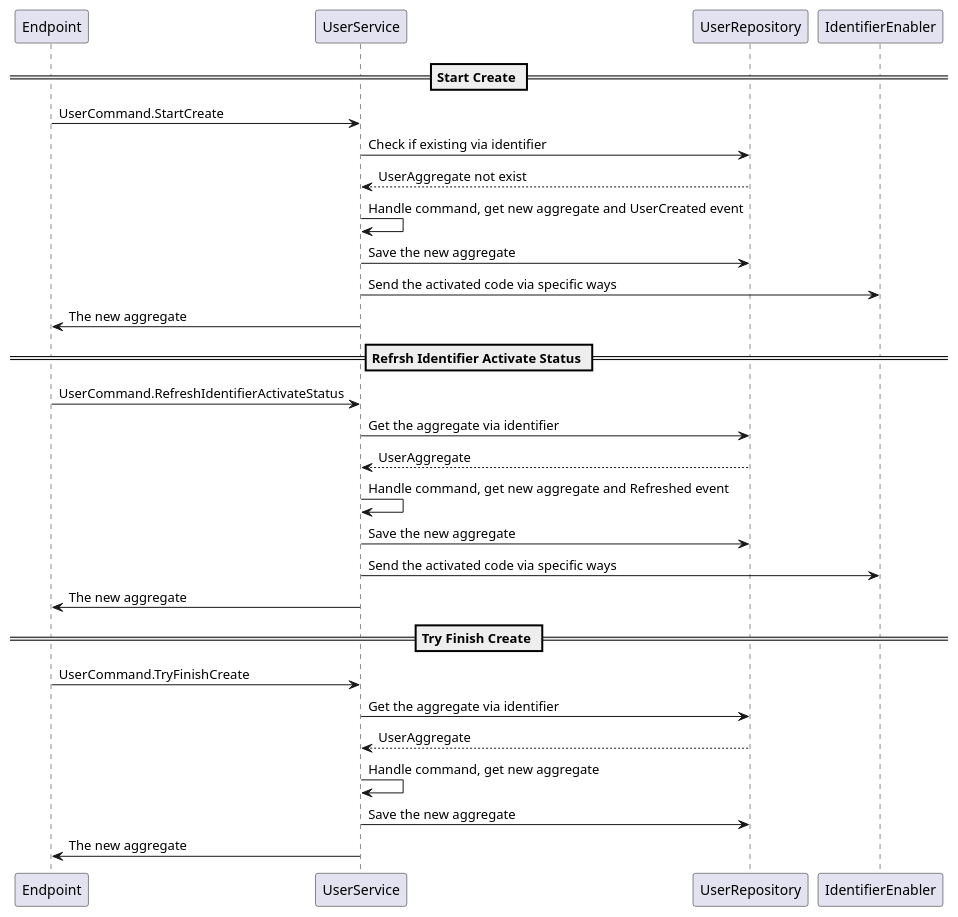
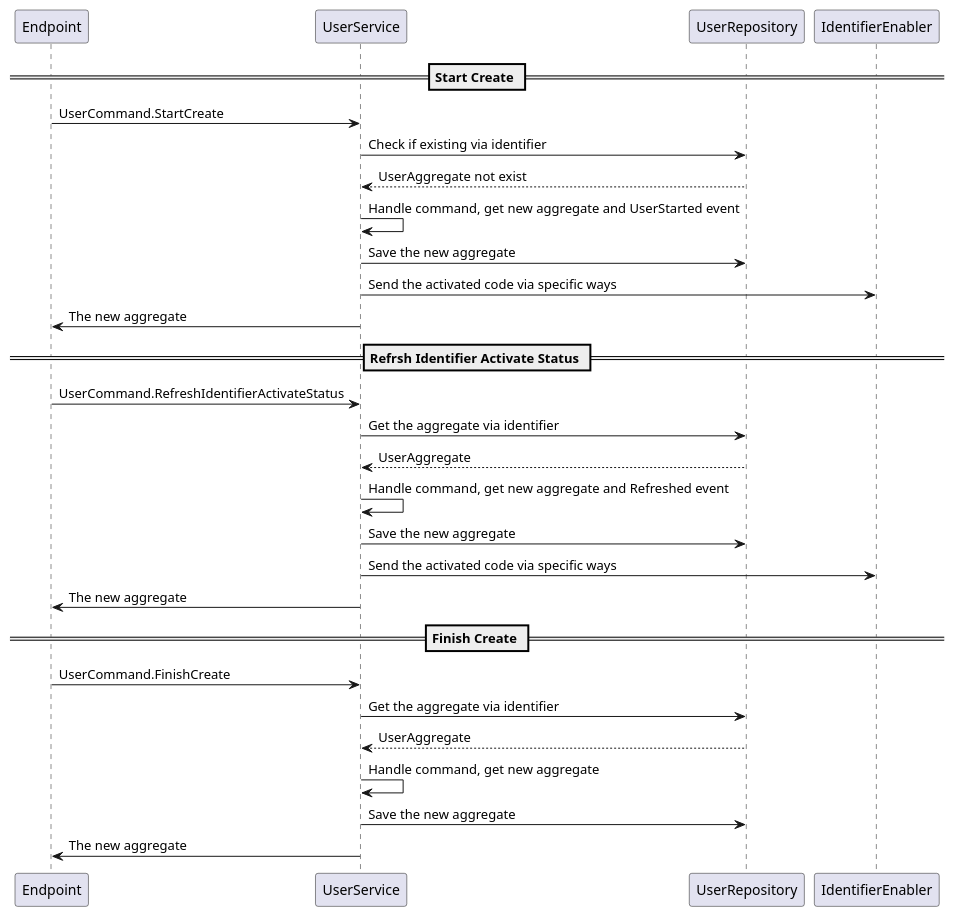
Before and after one commit to alices-wonderland/doorknob: the sixth of 16 diagrams in docs/docs/features.md, drawn with PlantUML. The commit also changed other lines of this file, not shown here.

Commit message:
UserAggregate models and commands

````diff
--- a/docs/docs/features.md
+++ b/docs/docs/features.md
@@ -160,29 +160,29 @@
 ```plantuml
 @startuml
 == Start Create ==
 Endpoint -> UserService: UserCommand.StartCreate
 UserService -> UserRepository: Check if existing via identifier
 UserRepository --> UserService: UserAggregate not exist
-UserService -> UserService: Handle command, get new aggregate and UserCreated event
+UserService -> UserService: Handle command, get new aggregate and UserStarted event
 UserService -> UserRepository: Save the new aggregate
 UserService -> IdentifierEnabler: Send the activated code via specific ways
 UserService -> Endpoint: The new aggregate
 
 == Refrsh Identifier Activate Status ==
 Endpoint -> UserService: UserCommand.RefreshIdentifierActivateStatus
 UserService -> UserRepository: Get the aggregate via identifier
 UserRepository --> UserService: UserAggregate
 UserService -> UserService: Handle command, get new aggregate and Refreshed event
 UserService -> UserRepository: Save the new aggregate
 UserService -> IdentifierEnabler: Send the activated code via specific ways
 UserService -> Endpoint: The new aggregate
 
-== Try Finish Create ==
-Endpoint -> UserService: UserCommand.TryFinishCreate
+== Finish Create ==
+Endpoint -> UserService: UserCommand.FinishCreate
 UserService -> UserRepository: Get the aggregate via identifier
 UserRepository --> UserService: UserAggregate
 UserService -> UserService: Handle command, get new aggregate
 UserService -> UserRepository: Save the new aggregate
 UserService -> Endpoint: The new aggregate
 @enduml
 ```
````
